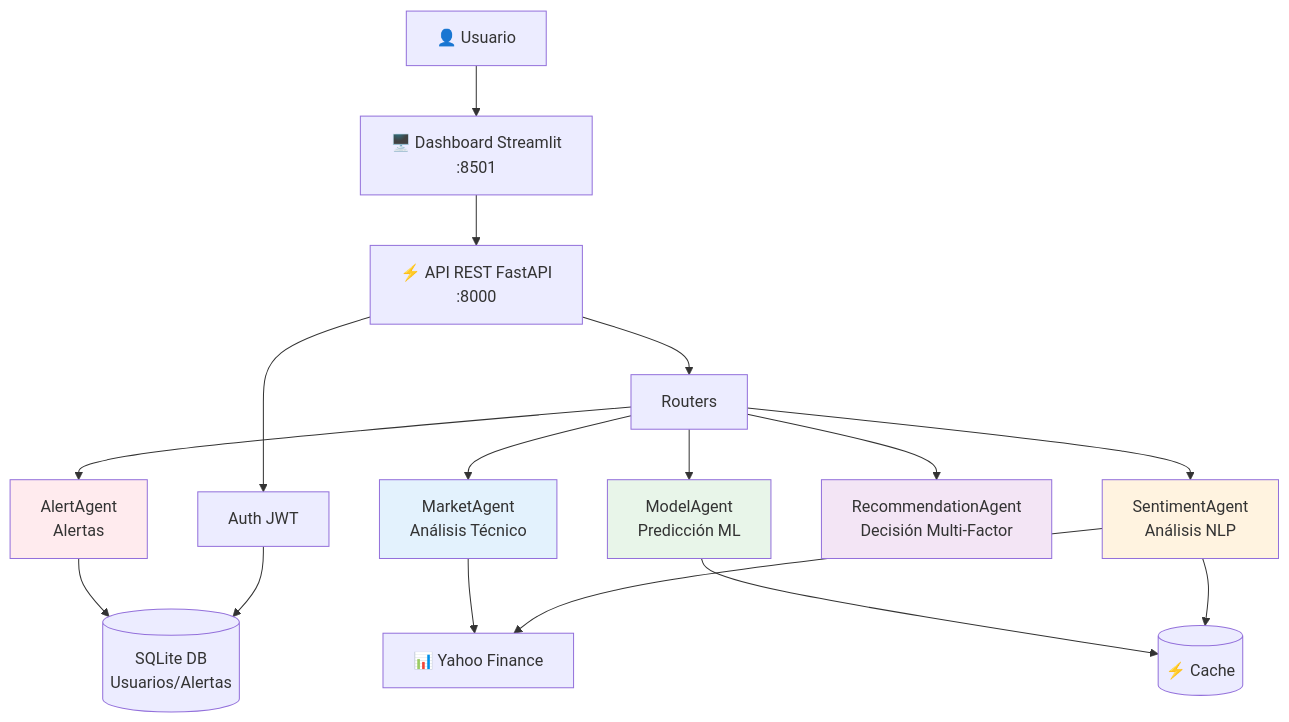
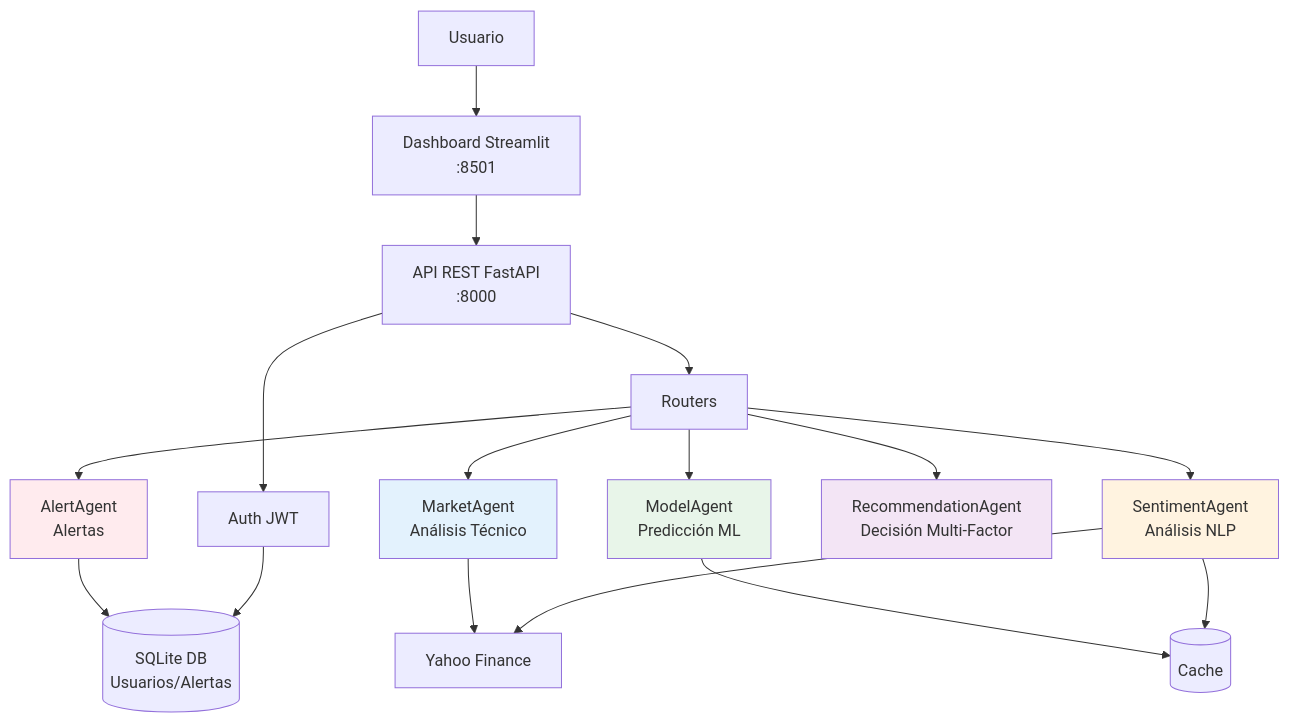
Before and after one commit to fabianacid/TP_Final: the diagram in README.md, drawn with Mermaid. The commit also changed other lines of this file and 15 other files, not shown here.

````diff
--- a/README.md
+++ b/README.md
@@ -53,27 +53,27 @@
 ```mermaid
 graph TB
-    User[👤 Usuario] --> Dashboard[🖥️ Dashboard Streamlit<br/>:8501]
-    Dashboard --> API[⚡ API REST FastAPI<br/>:8000]
+    User[ Usuario] --> Dashboard[ Dashboard Streamlit<br/>:8501]
+    Dashboard --> API[ API REST FastAPI<br/>:8000]
     API --> Auth[ Auth JWT]
     API --> Router1[ Routers]
 
     Router1 --> MA[ MarketAgent<br/>Análisis Técnico]
     Router1 --> MOA[ ModelAgent<br/>Predicción ML]
     Router1 --> SA[ SentimentAgent<br/>Análisis NLP]
     Router1 --> RA[ RecommendationAgent<br/>Decisión Multi-Factor]
     Router1 --> AA[ AlertAgent<br/>Alertas]
 
-    MA --> YF[📊 Yahoo Finance]
+    MA --> YF[ Yahoo Finance]
     SA --> YF
-    MOA --> Cache[(⚡ Cache)]
+    MOA --> Cache[( Cache)]
     SA --> Cache
 
     AA --> DB[( SQLite DB<br/>Usuarios/Alertas)]
     Auth --> DB
 
     style MA fill:#e3f2fd
     style MOA fill:#e8f5e9
     style SA fill:#fff3e0
     style RA fill:#f3e5f5
     style AA fill:#ffebee
 ```
````
